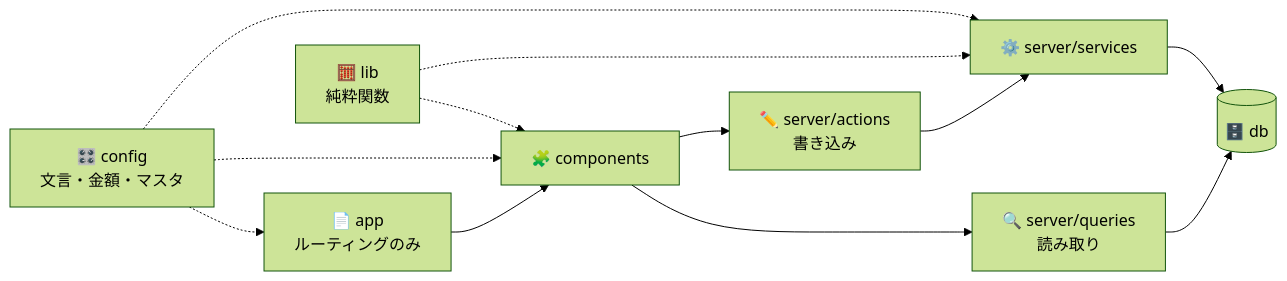
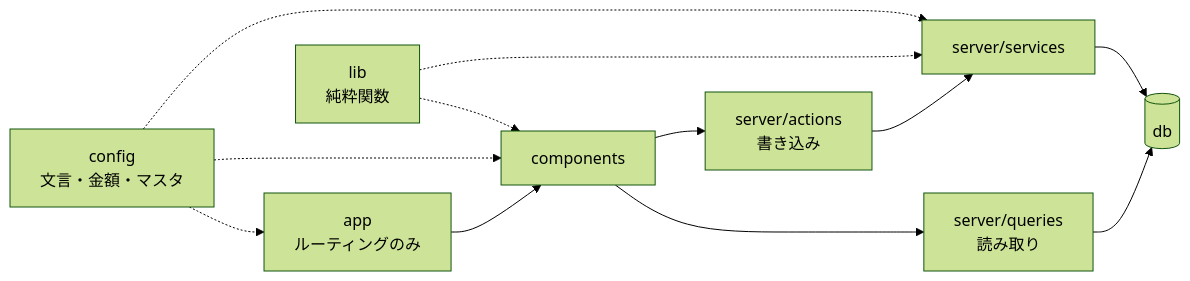
Before and after one commit to bright-broom/online-march: the third of 9 diagrams in README.md, drawn with Mermaid (forest theme). The commit also changed other lines of this file, not shown here.

````diff
--- a/README.md
+++ b/README.md
@@ -153,11 +153,11 @@
 ```mermaid
 flowchart LR
-    app["📄 app<br/>ルーティングのみ"] --> components["🧩 components"]
-    components --> queries["🔍 server/queries<br/>読み取り"]
-    components --> actions["✏️ server/actions<br/>書き込み"]
-    actions --> services["⚙️ server/services"]
-    queries --> db[("🗄️ db")]
+    app["app<br/>ルーティングのみ"] --> components["components"]
+    components --> queries["server/queries<br/>読み取り"]
+    components --> actions["server/actions<br/>書き込み"]
+    actions --> services["server/services"]
+    queries --> db[("db")]
     services --> db
-    config["🎛️ config<br/>文言・金額・マスタ"] -.-> app & components & services
-    lib["🧮 lib<br/>純粋関数"] -.-> components & services
+    config["config<br/>文言・金額・マスタ"] -.-> app & components & services
+    lib["lib<br/>純粋関数"] -.-> components & services
 ```
````
